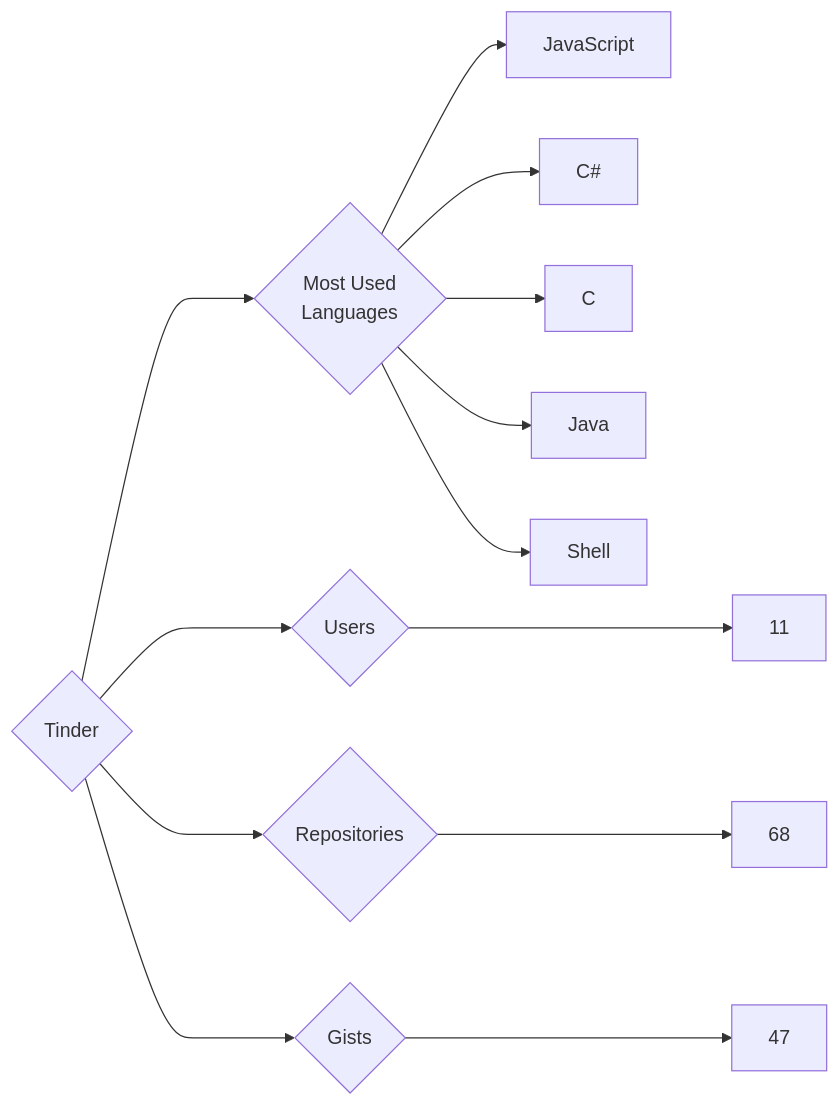
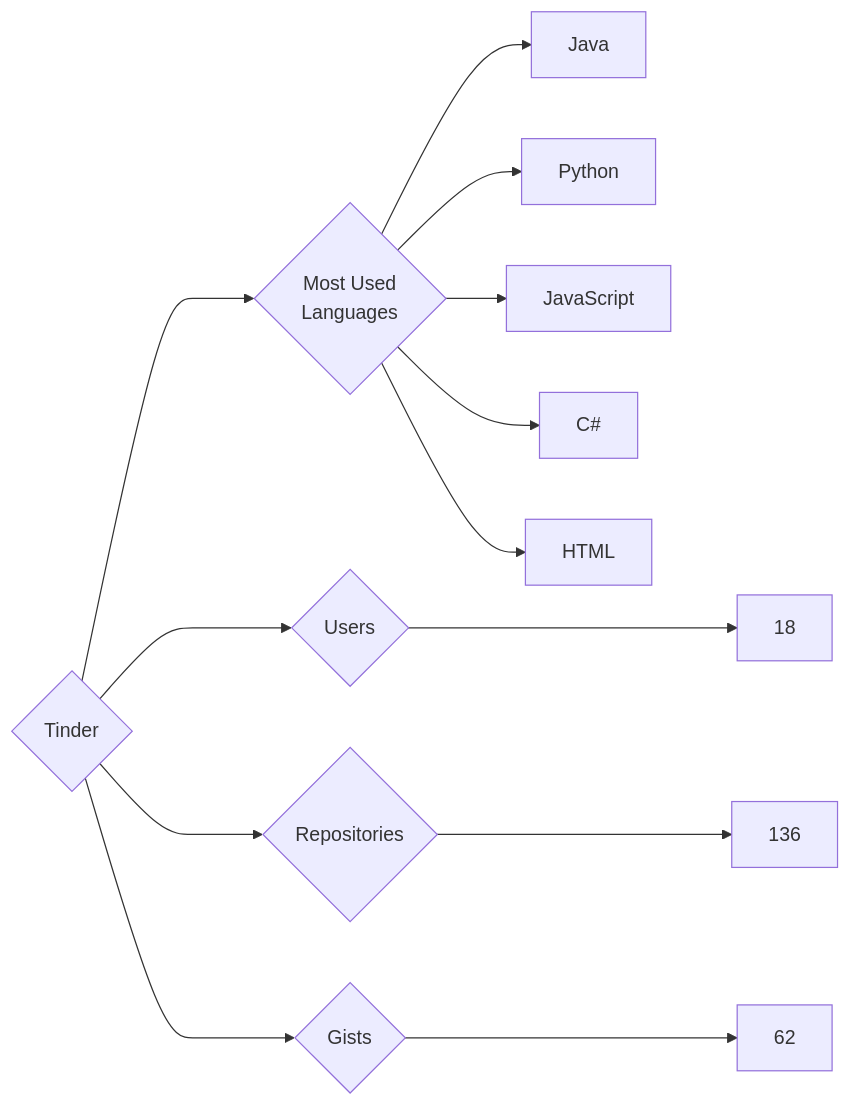
The diagram in targets/Tinder/README.md (trickest/insiders), drawn with Mermaid before and after one commit. The commit also changed 928 other files, not shown here.

````diff
--- a/targets/Tinder/README.md
+++ b/targets/Tinder/README.md
@@ -3,13 +3,13 @@
 ```mermaid
 graph LR
 COMPANY_NAME{Tinder}
-COMPANY_NAME ---> U{Users} ---> UN[11]
-COMPANY_NAME ---> R{Repositories} ---> RN[68]
-COMPANY_NAME ---> G{Gists} ---> GN[47]
+COMPANY_NAME ---> U{Users} ---> UN[18]
+COMPANY_NAME ---> R{Repositories} ---> RN[136]
+COMPANY_NAME ---> G{Gists} ---> GN[62]
 COMPANY_NAME ---> ML{Most Used<br>Languages}
+ML --> Java[Java]
+ML --> Python[Python]
 ML --> JavaScript[JavaScript]
 ML --> C#[C#]
-ML --> C[C]
-ML --> Java[Java]
-ML --> Shell[Shell]
+ML --> HTML[HTML]
 ```
````
